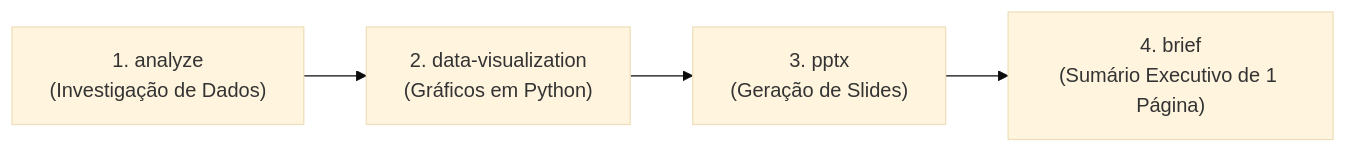
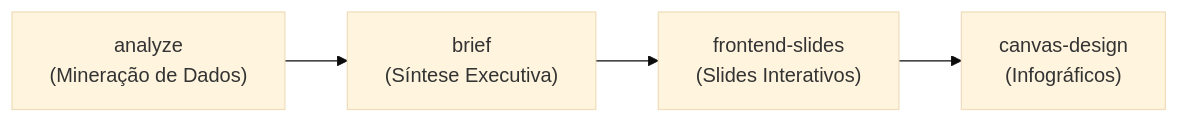
Before and after one commit to Henrique1601/SkiilsToIAs: the sixth of 6 diagrams in CEREBRO.md, drawn with Mermaid (base theme). The commit also changed other lines of this file and 257 other files, not shown here.

````diff
--- a/CEREBRO.md
+++ b/CEREBRO.md
@@ -174,10 +167,6 @@
 ```mermaid
 flowchart LR
-    A["1. analyze
-(Investigação de Dados)"] --> B["2. data-visualization
-(Gráficos em Python)"]
-    B --> C["3. pptx
-(Geração de Slides)"]
-    C --> D["4. brief
-(Sumário Executivo de 1 Página)"]
+    A["analyze<br/>(Mineração de Dados)"] --> B["brief<br/>(Síntese Executiva)"]
+    B --> C["frontend-slides<br/>(Slides Interativos)"]
+    C --> D["canvas-design<br/>(Infográficos)"]
 ```
````
